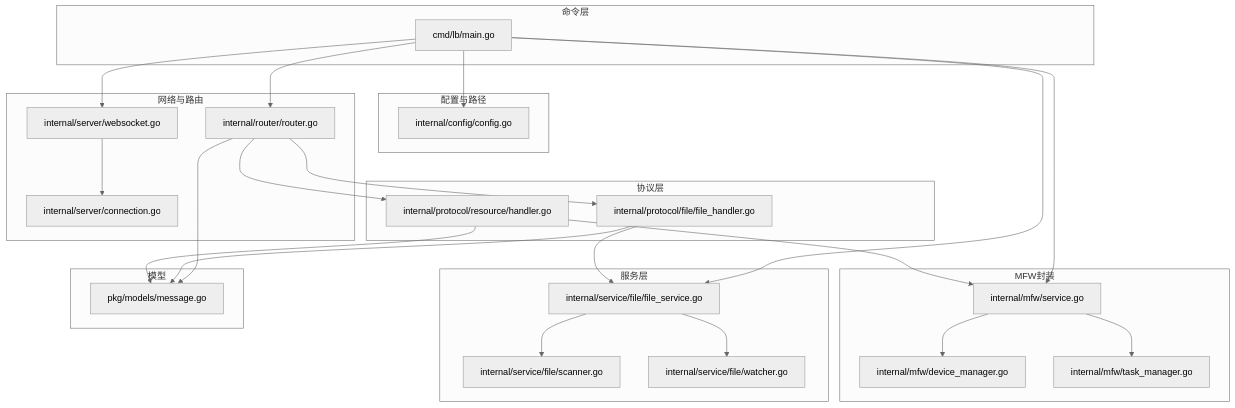
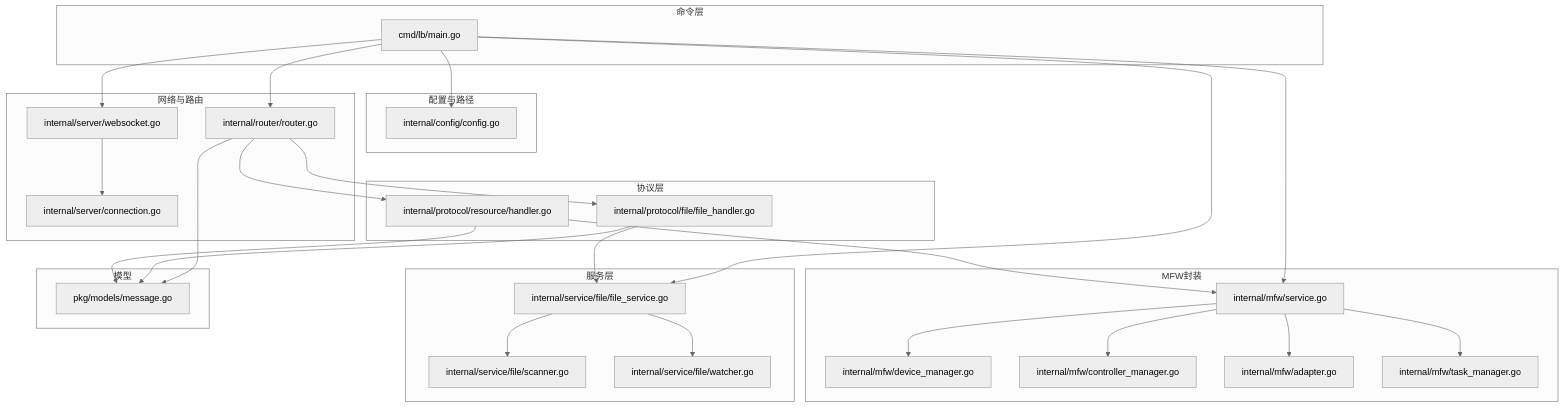
One commit to kqcoxn/MaaPipelineEditor changed the first of 9 diagrams in .qoder/repowiki/zh/content/本地服务集成/本地服务集成.md. Above: the diagram before and after it, drawn with Mermaid (neutral theme). The commit also changed other lines of this file and 22 other files, not shown here.

````diff
--- a/.qoder/repowiki/zh/content/本地服务集成/本地服务集成.md
+++ b/.qoder/repowiki/zh/content/本地服务集成/本地服务集成.md
@@ -48,48 +56,52 @@
 ```mermaid
 graph TB
 subgraph "命令层"
 LB["cmd/lb/main.go"]
 end
 subgraph "配置与路径"
 CFG["internal/config/config.go"]
 end
 subgraph "网络与路由"
 WS["internal/server/websocket.go"]
 CONN["internal/server/connection.go"]
 ROUTER["internal/router/router.go"]
 end
 subgraph "协议层"
 FPROT["internal/protocol/file/file_handler.go"]
 RPROT["internal/protocol/resource/handler.go"]
 end
 subgraph "服务层"
 FSVC["internal/service/file/file_service.go"]
 FSCAN["internal/service/file/scanner.go"]
 FWATCH["internal/service/file/watcher.go"]
 end
 subgraph "MFW封装"
 MSVC["internal/mfw/service.go"]
 MDEV["internal/mfw/device_manager.go"]
+MCTRL["internal/mfw/controller_manager.go"]
+MADPT["internal/mfw/adapter.go"]
 MTASK["internal/mfw/task_manager.go"]
 end
 subgraph "模型"
 MODELS["pkg/models/message.go"]
 end
 LB --> CFG
 LB --> WS
 LB --> ROUTER
 LB --> FSVC
 LB --> MSVC
 ROUTER --> FPROT
 ROUTER --> RPROT
 FPROT --> FSVC
 RPROT --> MSVC
 FSVC --> FSCAN
 FSVC --> FWATCH
 MSVC --> MDEV
+MSVC --> MCTRL
+MSVC --> MADPT
 MSVC --> MTASK
 WS --> CONN
 ROUTER --> MODELS
 FPROT --> MODELS
 RPROT --> MODELS
 ```
````
